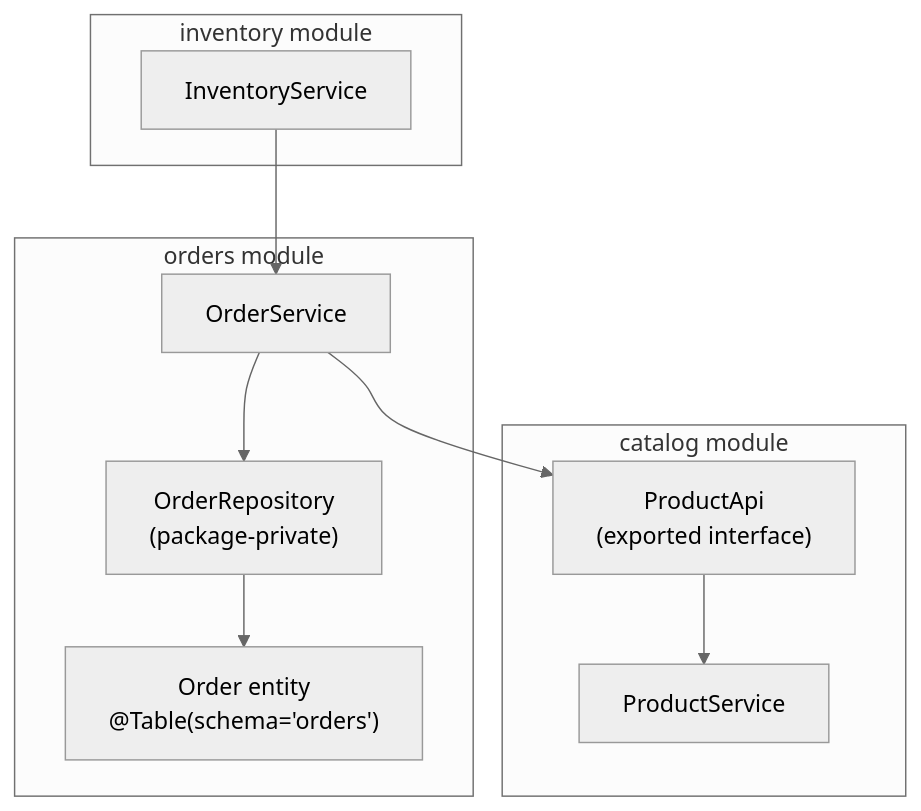
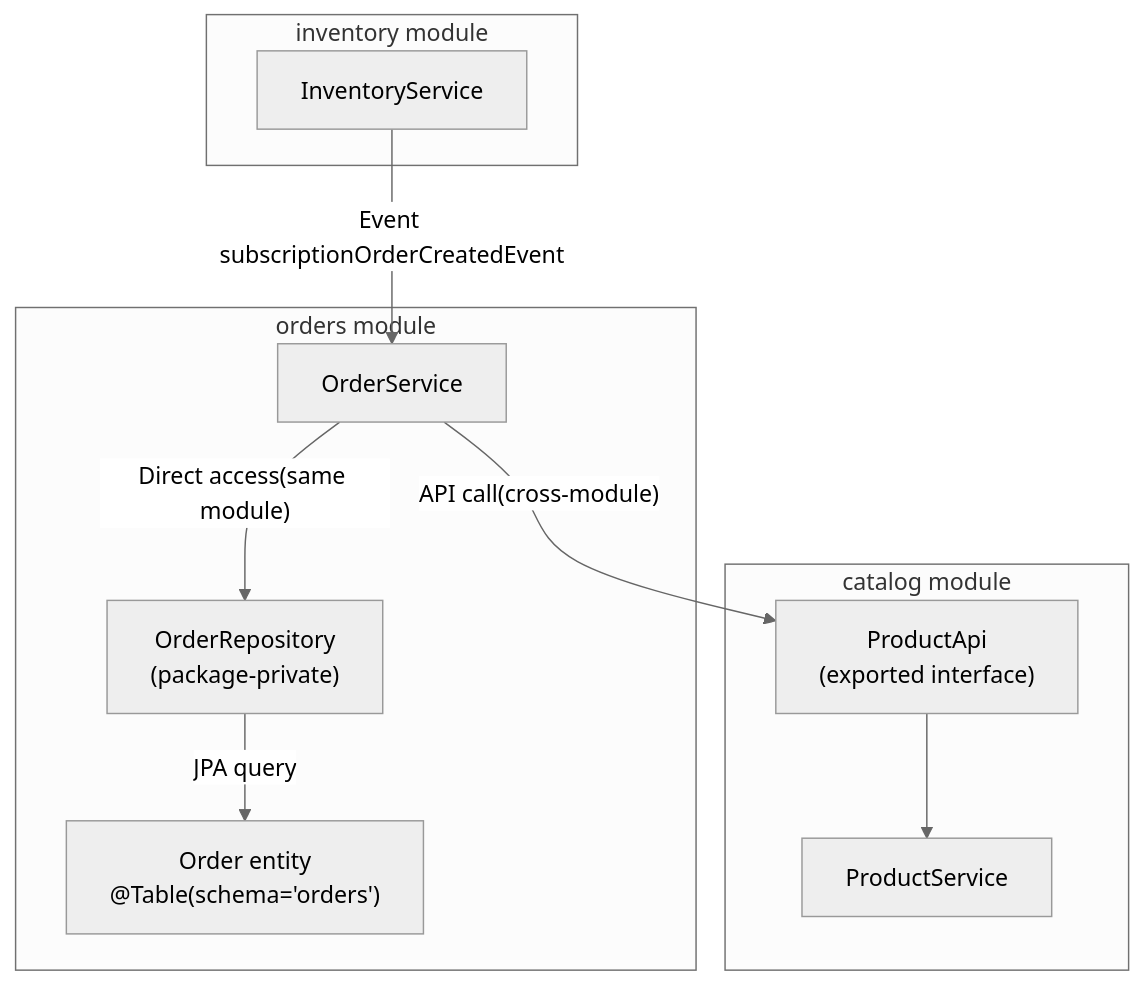
Before and after one commit to philipz/spring-modular-monolith: the fourth of 6 diagrams in docs/deepwiki/Database-Schema-Organization.md, drawn with Mermaid (neutral theme). The commit also changed other lines of this file and 55 other files, not shown here.

````diff
--- a/docs/deepwiki/Database-Schema-Organization.md
+++ b/docs/deepwiki/Database-Schema-Organization.md
@@ -229,31 +229,31 @@
 ```mermaid
 flowchart TD
 
 OrderService["OrderService"]
 OrderRepo["OrderRepository<br>(package-private)"]
 OrderEntity["Order entity<br>@Table(schema='orders')"]
 ProductService["ProductService"]
 ProductAPI["ProductApi<br>(exported interface)"]
 InventoryService["InventoryService"]
 
-OrderService --> ProductAPI
-InventoryService --> OrderService
+OrderService -->|"API call(cross-module)"| ProductAPI
+InventoryService -->|"Event subscriptionOrderCreatedEvent"| OrderService
 
 subgraph subGraph2 ["inventory module"]
     InventoryService
 end
 
 subgraph subGraph1 ["catalog module"]
     ProductService
     ProductAPI
     ProductAPI --> ProductService
 end
 
 subgraph subGraph0 ["orders module"]
     OrderService
     OrderRepo
     OrderEntity
-    OrderService --> OrderRepo
-    OrderRepo --> OrderEntity
+    OrderService -->|"Direct access(same module)"| OrderRepo
+    OrderRepo -->|"JPA query"| OrderEntity
 end
 ```
````
